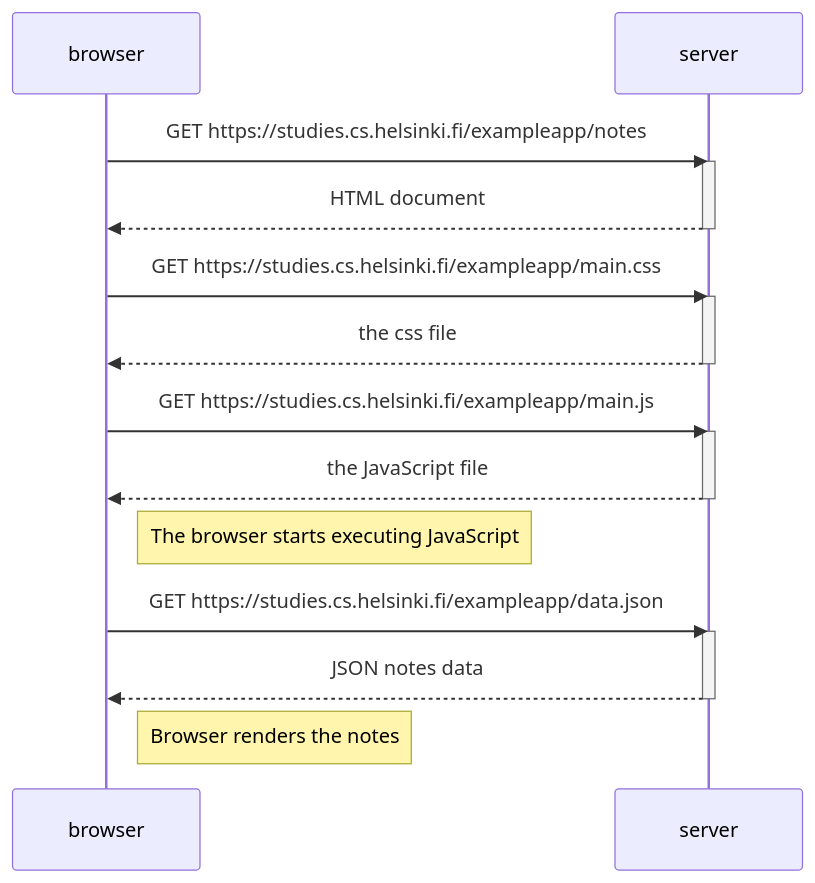
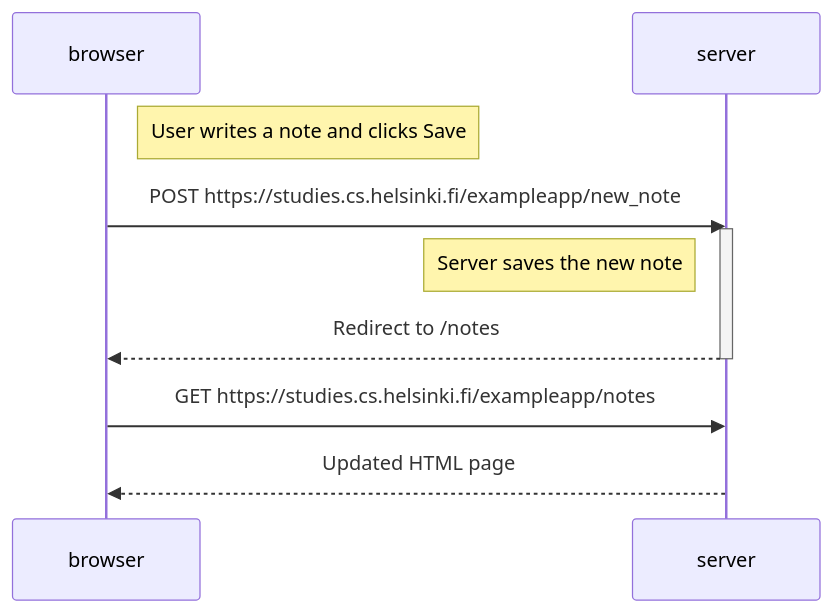
One commit to MashaelSinger/Fullstack changed the diagram in part0/0.4_new_note_diagram.md. Above: the diagram before and after it, drawn with Mermaid.

````diff
--- a/part0/0.4_new_note_diagram.md
+++ b/part0/0.4_new_note_diagram.md
@@ -1,29 +1,16 @@
 ```mermaid
 sequenceDiagram
     participant browser
     participant server
 
-    browser->>server: GET https://studies.cs.helsinki.fi/exampleapp/notes
+    Note right of browser: User writes a note and clicks Save
+
+    browser->>server: POST https://studies.cs.helsinki.fi/exampleapp/new_note
     activate server
-    server-->>browser: HTML document
+    Note left of server: Server saves the new note
+    server-->>browser: Redirect to /notes
     deactivate server
 
-    browser->>server: GET https://studies.cs.helsinki.fi/exampleapp/main.css
-    activate server
-    server-->>browser: the css file
-    deactivate server
-
-    browser->>server: GET https://studies.cs.helsinki.fi/exampleapp/main.js
-    activate server
-    server-->>browser: the JavaScript file
-    deactivate server
-
-    Note right of browser: The browser starts executing JavaScript
-
-    browser->>server: GET https://studies.cs.helsinki.fi/exampleapp/data.json
-    activate server
-    server-->>browser: JSON notes data
-    deactivate server
-
-    Note right of browser: Browser renders the notes
+    browser->>server: GET https://studies.cs.helsinki.fi/exampleapp/notes
+    server-->>browser: Updated HTML page
 ```
````
